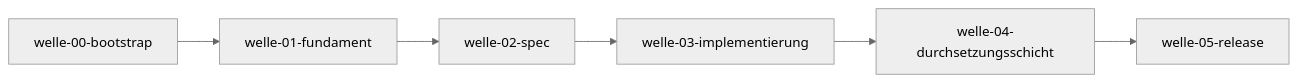
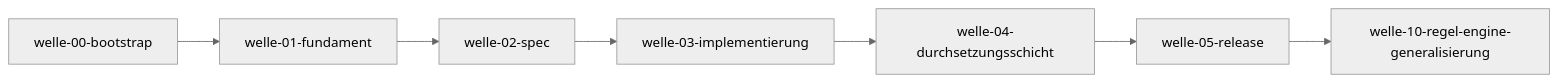
One commit to pt9912/a-check changed the diagram in docs/plan/planning/in-progress/roadmap.md. Above: the diagram before and after it, drawn with Mermaid (neutral theme). The commit also changed other lines of this file, not shown here.

First line of the commit message:
docs(plan): roadmap auf welle-10-Stand (a/b1/b2a done, b2b offen)

````diff
--- a/docs/plan/planning/in-progress/roadmap.md
+++ b/docs/plan/planning/in-progress/roadmap.md
@@ -49,11 +60,12 @@
 ```mermaid
 flowchart LR
     W0[welle-00-bootstrap]
     W1[welle-01-fundament]
     W2[welle-02-spec]
     W3[welle-03-implementierung]
     W4[welle-04-durchsetzungsschicht]
     W5[welle-05-release]
+    W10[welle-10-regel-engine-generalisierung]
 
-    W0 --> W1 --> W2 --> W3 --> W4 --> W5
+    W0 --> W1 --> W2 --> W3 --> W4 --> W5 --> W10
 ```
````
